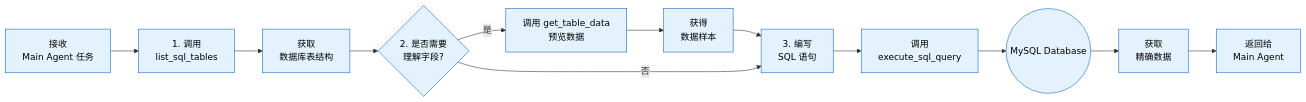
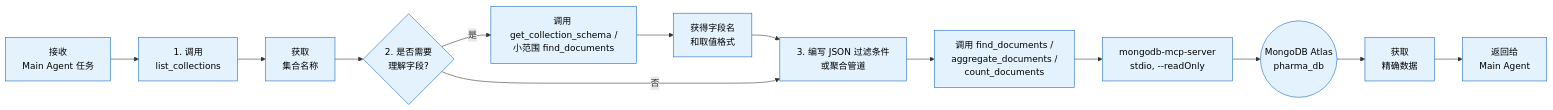
Before and after one commit to pat-CIMAR-UF/deep_search: the third of 4 diagrams in 深度搜索项目文档.md, drawn with Mermaid. The commit also changed other lines of this file and 21 other files, not shown here.

First line of the commit message:
refactor: replace MySQL database tools with MongoDB accessed through mongodb-mcp-server

````diff
--- a/深度搜索项目文档.md
+++ b/深度搜索项目文档.md
@@ -3235,16 +3256,17 @@
 ```mermaid
 graph LR
     classDef default fill:#e3f2fd,stroke:#1565c0,stroke-width:1px,color:#000;
-    
-    Start[接收<br/>Main Agent 任务] --> Step1[1. 调用<br/>list_sql_tables]
-    Step1 --> Tables[获取<br/>数据库表结构]
-    Tables --> Step2{2. 是否需要<br/>理解字段?}
-    Step2 -- 是 --> Preview[调用 get_table_data<br/>预览数据]
-    Preview --> Context[获得<br/>数据样本]
+
+    Start[接收<br/>Main Agent 任务] --> Step1[1. 调用<br/>list_collections]
+    Step1 --> Colls[获取<br/>集合名称]
+    Colls --> Step2{2. 是否需要<br/>理解字段?}
+    Step2 -- 是 --> Schema[调用 get_collection_schema /<br/>小范围 find_documents]
+    Schema --> Context[获得字段名<br/>和取值格式]
     Context --> Step3
-    Step2 -- 否 --> Step3[3. 编写<br/>SQL 语句]
-    Step3 --> Execute[调用<br/>execute_sql_query]
-    Execute --> DB((MySQL Database))
+    Step2 -- 否 --> Step3[3. 编写 JSON 过滤条件<br/>或聚合管道]
+    Step3 --> Execute[调用 find_documents /<br/>aggregate_documents /<br/>count_documents]
+    Execute --> MCP[mongodb-mcp-server<br/>stdio, --readOnly]
+    MCP --> DB((MongoDB Atlas<br/>pharma_db))
     DB --> Result[获取<br/>精确数据]
     Result --> End[返回给<br/>Main Agent]
 ```
````
